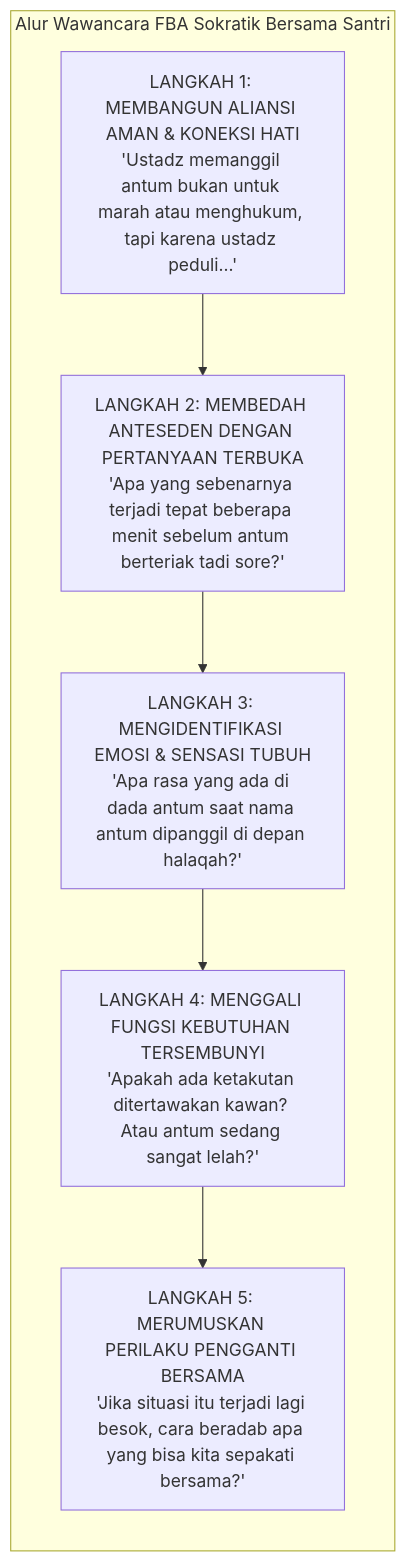
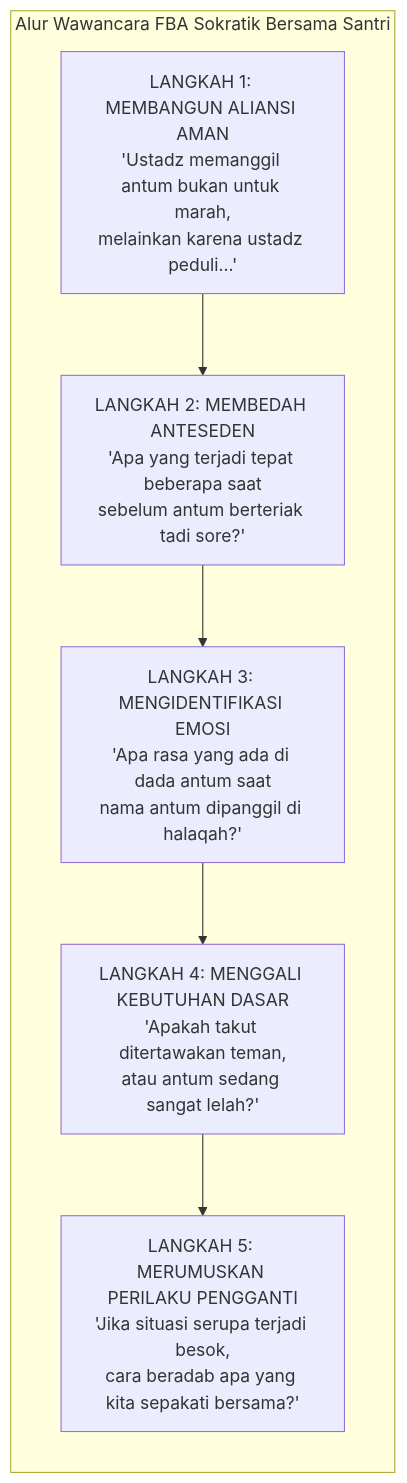
Before and after one commit to wandiapriliyandi/tumbuh: the second of 2 diagrams in BOOK Series 1/01-The-Fundamental-of-TUMBUH/Bab-17-Functional-Behavior-Assessment-dalam-Konteks-Pesantren.md, drawn with Mermaid. The commit also changed 35 other files, not shown here.

Commit message:
fix(book-01): optimasi keterbacaan diagram mermaid pada seluruh bab dan perbarui 20 file PDF

````diff
--- a/BOOK Series 1/01-The-Fundamental-of-TUMBUH/Bab-17-Functional-Behavior-Assessment-dalam-Konteks-Pesantren.md
+++ b/BOOK Series 1/01-The-Fundamental-of-TUMBUH/Bab-17-Functional-Behavior-Assessment-dalam-Konteks-Pesantren.md
@@ -190,13 +190,13 @@
 ```mermaid
 graph TD
     subgraph ALUR_WAWANCARA_FBA["Alur Wawancara FBA Sokratik Bersama Santri"]
         direction TB
-        W1["LANGKAH 1: MEMBANGUN ALIANSI AMAN & KONEKSI HATI<br/>'Ustadz memanggil antum bukan untuk marah atau menghukum, tapi karena ustadz peduli...'"]
-        W2["LANGKAH 2: MEMBEDAH ANTESEDEN DENGAN PERTANYAAN TERBUKA<br/>'Apa yang sebenarnya terjadi tepat beberapa menit sebelum antum berteriak tadi sore?'"]
-        W3["LANGKAH 3: MENGIDENTIFIKASI EMOSI & SENSASI TUBUH<br/>'Apa rasa yang ada di dada antum saat nama antum dipanggil di depan halaqah?'"]
-        W4["LANGKAH 4: MENGGALI FUNGSI KEBUTUHAN TERSEMBUNYI<br/>'Apakah ada ketakutan ditertawakan kawan? Atau antum sedang sangat lelah?'"]
-        W5["LANGKAH 5: MERUMUSKAN PERILAKU PENGGANTI BERSAMA<br/>'Jika situasi itu terjadi lagi besok, cara beradab apa yang bisa kita sepakati bersama?'"]
+        W1["LANGKAH 1: MEMBANGUN ALIANSI AMAN<br/>'Ustadz memanggil antum bukan untuk marah,<br/>melainkan karena ustadz peduli...'"]
+        W2["LANGKAH 2: MEMBEDAH ANTESEDEN<br/>'Apa yang terjadi tepat beberapa saat<br/>sebelum antum berteriak tadi sore?'"]
+        W3["LANGKAH 3: MENGIDENTIFIKASI EMOSI<br/>'Apa rasa yang ada di dada antum saat<br/>nama antum dipanggil di halaqah?'"]
+        W4["LANGKAH 4: MENGGALI KEBUTUHAN DASAR<br/>'Apakah takut ditertawakan teman,<br/>atau antum sedang sangat lelah?'"]
+        W5["LANGKAH 5: MERUMUSKAN PERILAKU PENGGANTI<br/>'Jika situasi serupa terjadi besok,<br/>cara beradab apa yang kita sepakati bersama?'"]
         
         W1 --> W2 --> W3 --> W4 --> W5
     end
 ```
````
